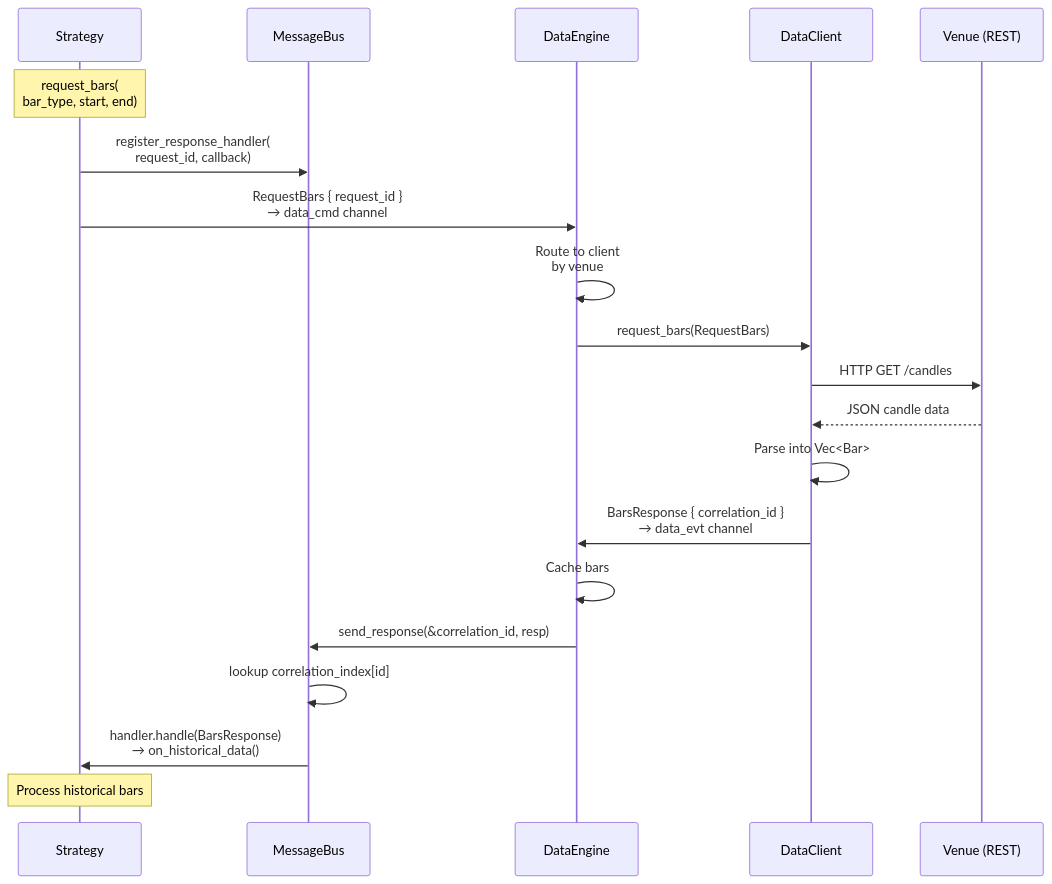
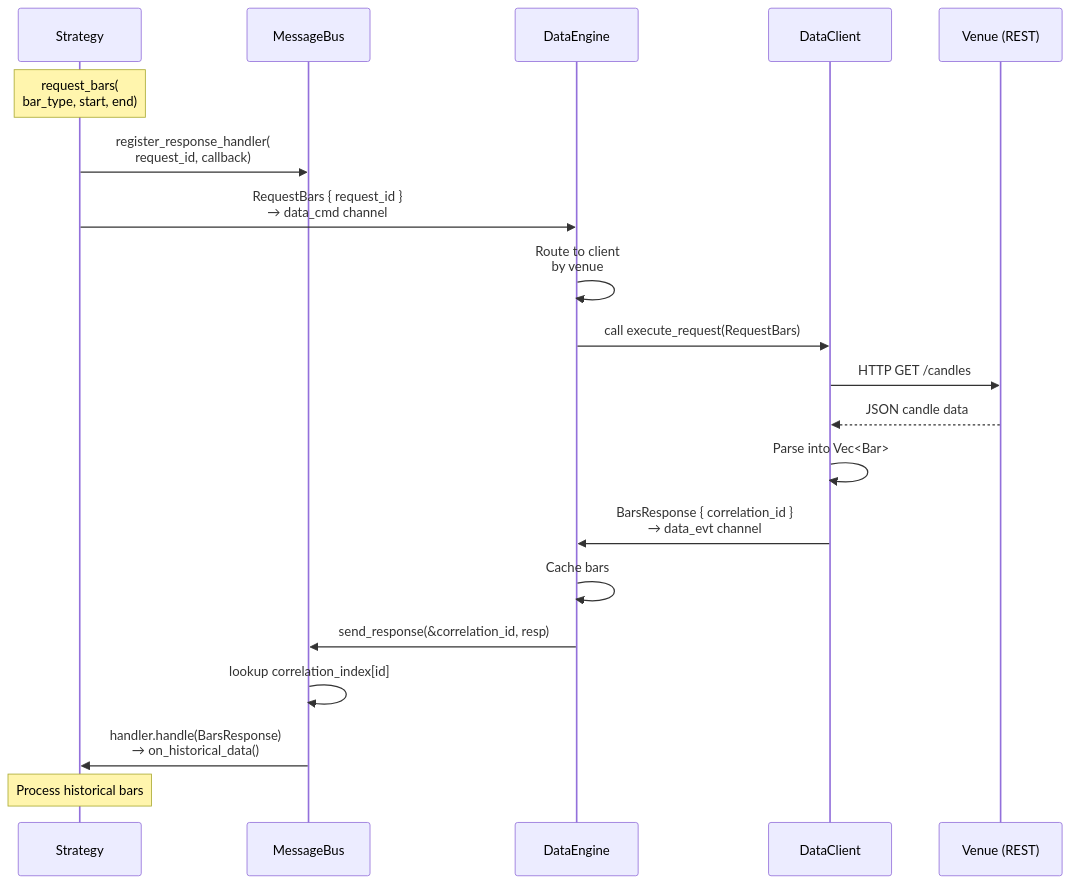
Before and after one commit to nautechsystems/nautilus_trader: the eighth of 17 diagrams in docs/learn/dataflow.md, drawn with Mermaid. The commit also changed other lines of this file and 16 other files, not shown here.

````diff
--- a/docs/learn/dataflow.md
+++ b/docs/learn/dataflow.md
@@ -382,28 +384,28 @@
 ```mermaid
 sequenceDiagram
     participant S as Strategy
     participant MB as MessageBus
     participant DE as DataEngine
     participant DC as DataClient
     participant V as Venue (REST)
 
     Note over S: request_bars(<br/>  bar_type, start, end)
     S->>MB: register_response_handler(<br/>  request_id, callback)
     S->>DE: RequestBars { request_id }<br/>→ data_cmd channel
 
     DE->>DE: Route to client<br/>by venue
 
-    DE->>DC: request_bars(RequestBars)
+    DE->>DC: call execute_request(RequestBars)
     DC->>V: HTTP GET /candles
 
     V-->>DC: JSON candle data
     DC->>DC: Parse into Vec<Bar>
 
     DC->>DE: BarsResponse { correlation_id }<br/>→ data_evt channel
     DE->>DE: Cache bars
     DE->>MB: send_response(&correlation_id, resp)
     MB->>MB: lookup correlation_index[id]
     MB->>S: handler.handle(BarsResponse)<br/>→ on_historical_data()
 
     Note over S: Process historical bars
 ```
````
